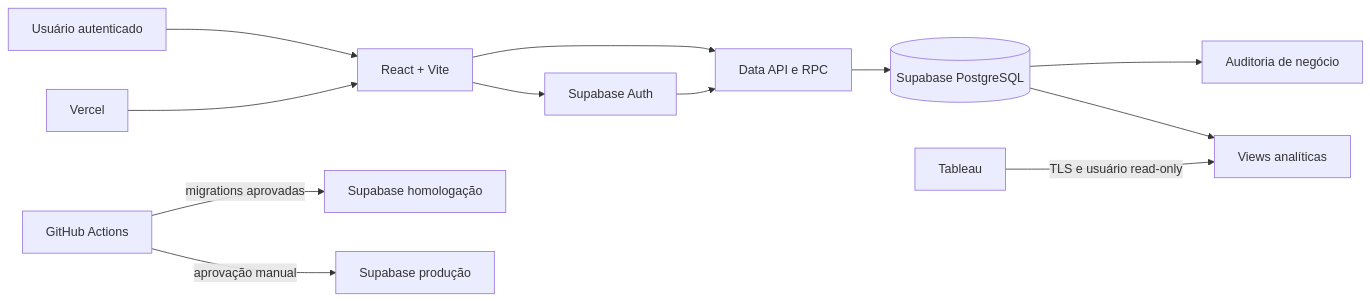
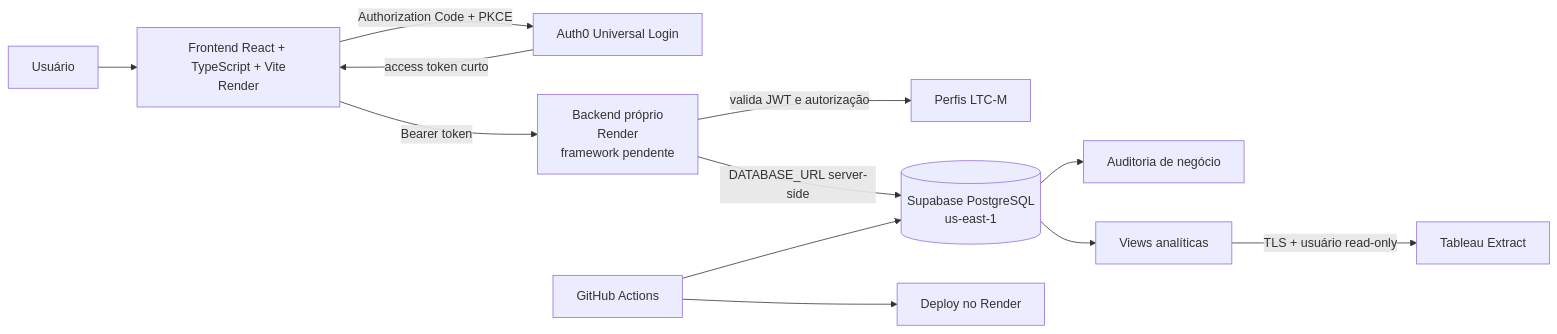
One commit to igorjesus-coder/projeto-ltc-m changed the diagram in docs/architecture.md. Above: the diagram before and after it, drawn with Mermaid. The commit also changed other lines of this file and 7 other files, not shown here.

Commit message:
docs: adopt Render Auth0 and database-only Supabase architecture

````diff
--- a/docs/architecture.md
+++ b/docs/architecture.md
@@ -31,14 +35,14 @@
 ```mermaid
 flowchart LR
-  USER[Usuário autenticado] --> WEB[React + Vite]
-  WEB --> AUTH[Supabase Auth]
-  WEB --> API[Data API e RPC]
-  AUTH --> API
-  API --> DB[(Supabase PostgreSQL)]
+  USER[Usuário] --> WEB[Frontend React + TypeScript + Vite<br/>Render]
+  WEB -->|Authorization Code + PKCE| AUTH[Auth0 Universal Login]
+  AUTH -->|access token curto| WEB
+  WEB -->|Bearer token| API[Backend próprio<br/>Render<br/>framework pendente]
+  API -->|valida JWT e autorização| USERS[Perfis LTC-M]
+  API -->|DATABASE_URL server-side| DB[(Supabase PostgreSQL<br/>us-east-1)]
   DB --> AUDIT[Auditoria de negócio]
-  DB --> ANALYTICS[Views analíticas]
-  TABLEAU[Tableau] -->|TLS e usuário read-only| ANALYTICS
-  CI[GitHub Actions] -->|migrations aprovadas| STG[Supabase homologação]
-  CI -->|aprovação manual| PROD[Supabase produção]
-  VERCEL[Vercel] --> WEB
+  DB --> VIEWS[Views analíticas]
+  VIEWS -->|TLS + usuário read-only| EXTRACT[Tableau Extract]
+  CI[GitHub Actions] --> RENDER[Deploy no Render]
+  CI --> DB
 ```
````
